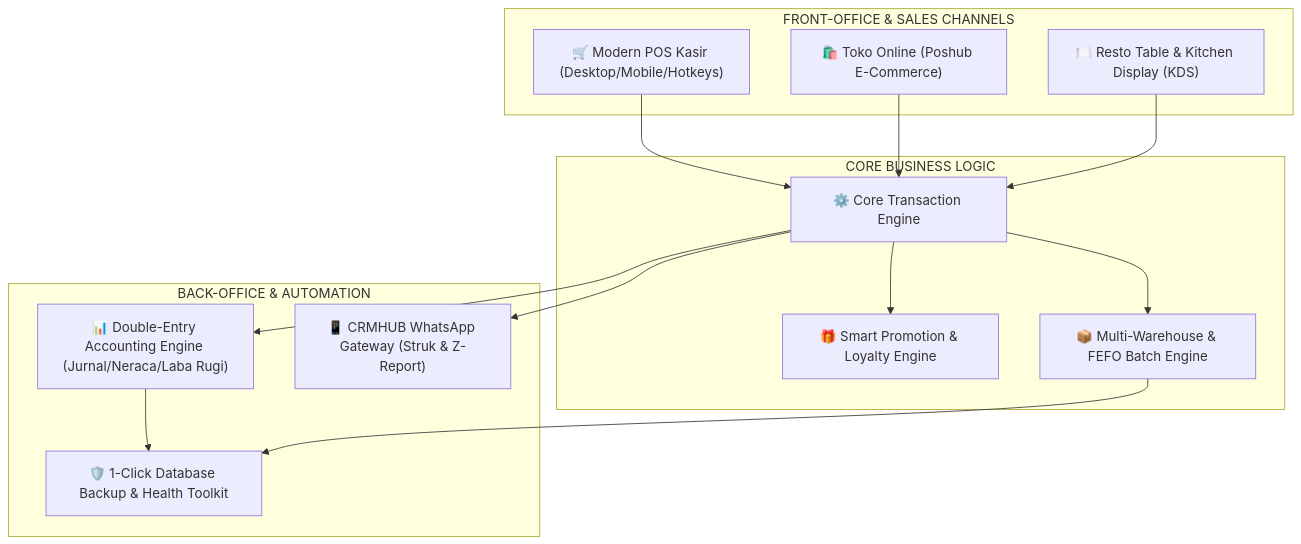
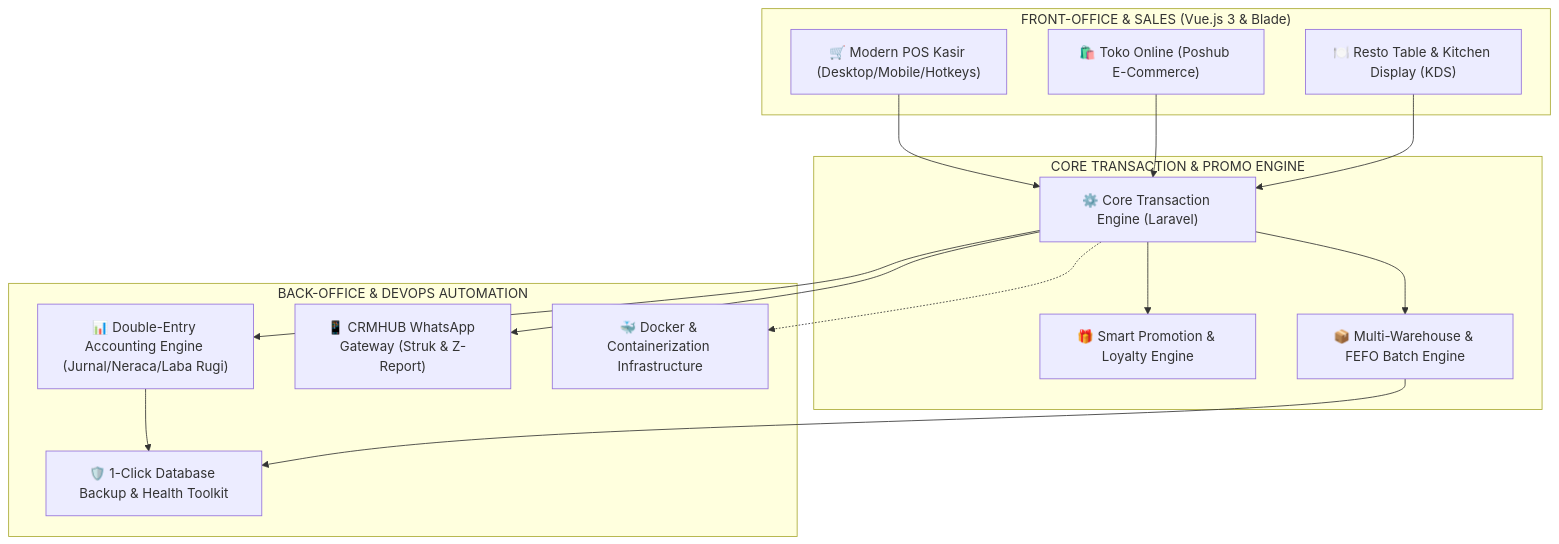
The diagram in README.md (mhfmsn27/POS-ERP), drawn with Mermaid before and after one commit. The commit also changed other lines of this file and 11 other files, not shown here.

````diff
--- a/README.md
+++ b/README.md
@@ -47,32 +74,34 @@
 ```mermaid
 graph TD
-    subgraph "FRONT-OFFICE & SALES CHANNELS"
+    subgraph "FRONT-OFFICE & SALES (Vue.js 3 & Blade)"
         POS["🛒 Modern POS Kasir (Desktop/Mobile/Hotkeys)"]
         ECOMMERCE["🛍️ Toko Online (Poshub E-Commerce)"]
         RESTO["🍽️ Resto Table & Kitchen Display (KDS)"]
     end
 
-    subgraph "CORE BUSINESS LOGIC"
-        TRX_ENGINE["⚙️ Core Transaction Engine"]
+    subgraph "CORE TRANSACTION & PROMO ENGINE"
+        TRX_ENGINE["⚙️ Core Transaction Engine (Laravel)"]
         PROMO_ENGINE["🎁 Smart Promotion & Loyalty Engine"]
         INVENTORY["📦 Multi-Warehouse & FEFO Batch Engine"]
     end
 
-    subgraph "BACK-OFFICE & AUTOMATION"
+    subgraph "BACK-OFFICE & DEVOPS AUTOMATION"
         ACCOUNTING["📊 Double-Entry Accounting Engine (Jurnal/Neraca/Laba Rugi)"]
         CRM_WA["📱 CRMHUB WhatsApp Gateway (Struk & Z-Report)"]
+        DOCKER["🐳 Docker & Containerization Infrastructure"]
         BACKUP_SYS["🛡️ 1-Click Database Backup & Health Toolkit"]
     end
 
     POS --> TRX_ENGINE
     ECOMMERCE --> TRX_ENGINE
     RESTO --> TRX_ENGINE
 
     TRX_ENGINE --> PROMO_ENGINE
     TRX_ENGINE --> INVENTORY
     TRX_ENGINE --> ACCOUNTING
     TRX_ENGINE --> CRM_WA
 
     ACCOUNTING --> BACKUP_SYS
     INVENTORY --> BACKUP_SYS
+    TRX_ENGINE -.-> DOCKER
 ```
````
